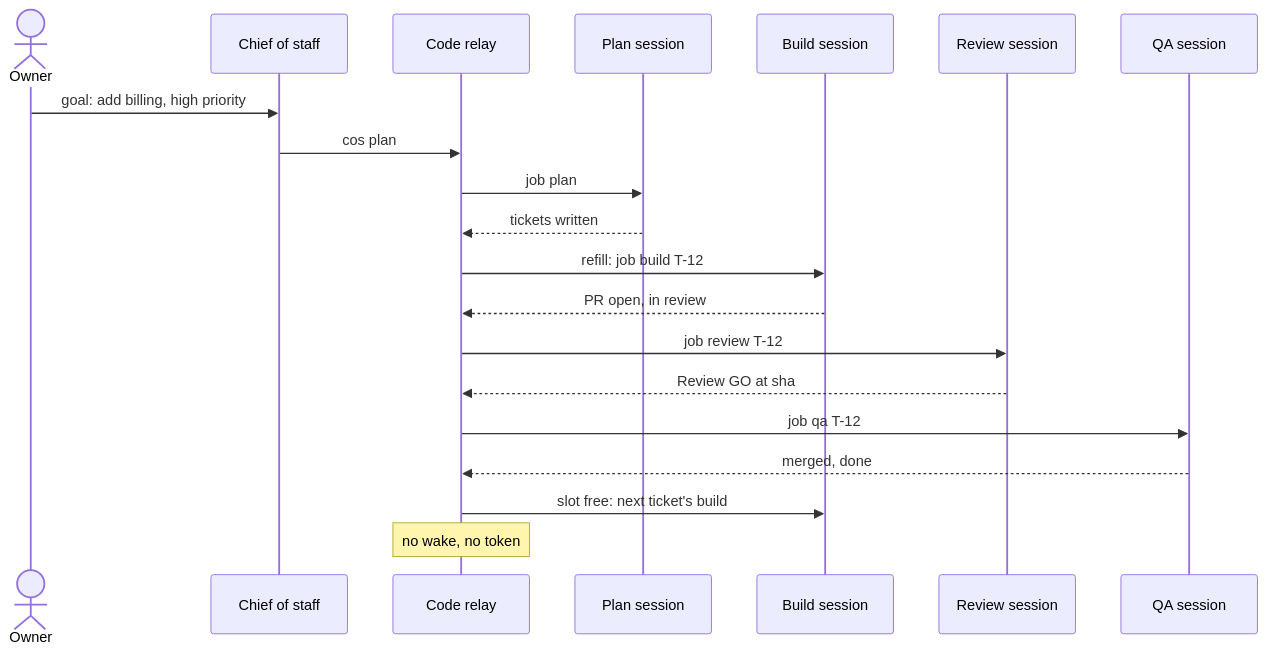
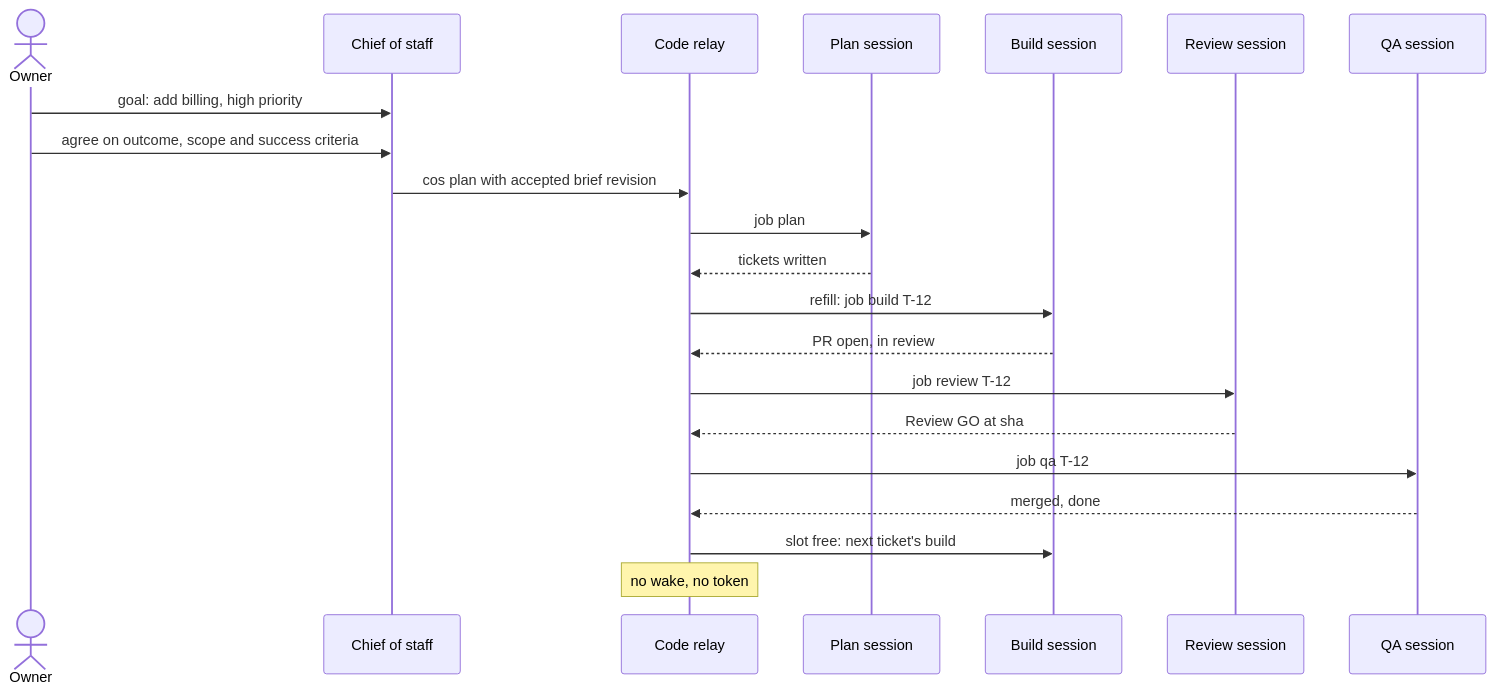
One commit to ProlesDei/maestro changed the fourth of 7 diagrams in docs/design/t3-runtime.md. Above: the diagram before and after it, drawn with Mermaid. The commit also changed other lines of this file, not shown here.

Commit message:
Plan concurrent chief sessions and give delivery to the planner

````diff
--- a/docs/design/t3-runtime.md
+++ b/docs/design/t3-runtime.md
@@ -141,22 +143,23 @@
 ```mermaid
 sequenceDiagram
   actor O as Owner
   participant S as Chief of staff
   participant R as Code relay
   participant P as Plan session
   participant E as Build session
   participant V as Review session
   participant Q as QA session
   O->>S: goal: add billing, high priority
-  S->>R: cos plan
+  O->>S: agree on outcome, scope and success criteria
+  S->>R: cos plan with accepted brief revision
   R->>P: job plan
   P-->>R: tickets written
   R->>E: refill: job build T-12
   E-->>R: PR open, in review
   R->>V: job review T-12
   V-->>R: Review GO at sha
   R->>Q: job qa T-12
   Q-->>R: merged, done
   R->>E: slot free: next ticket's build
   Note over R: no wake, no token
 ```
````
